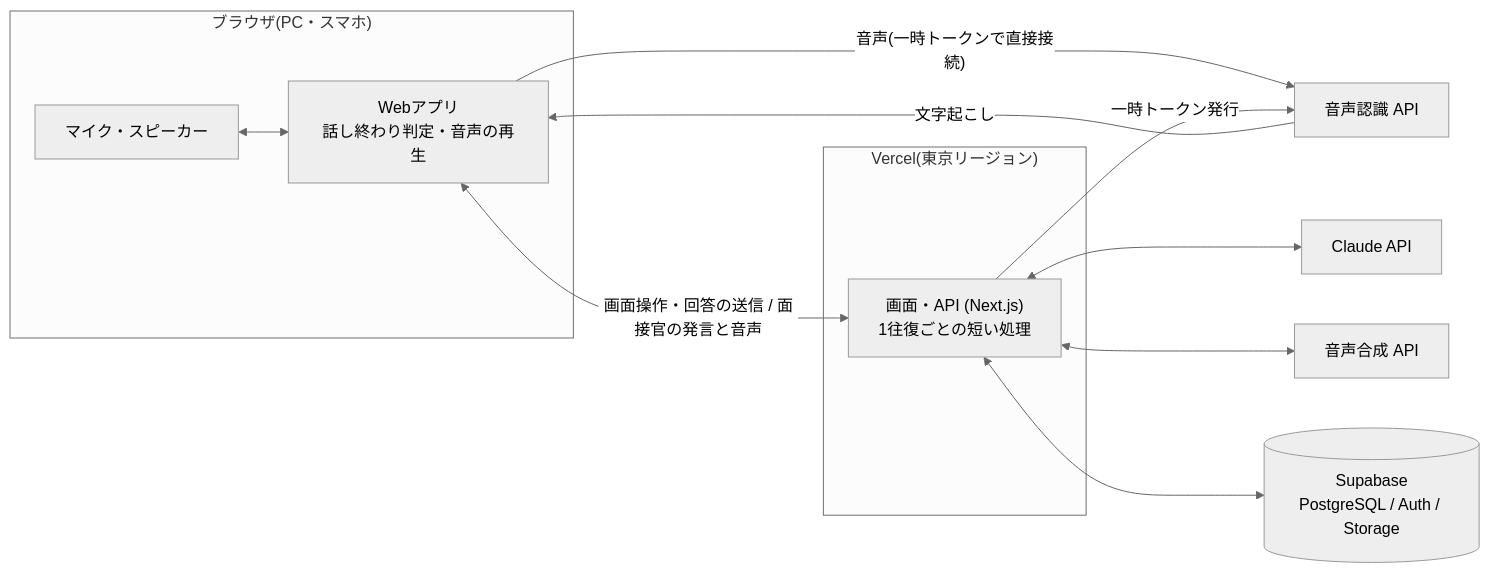
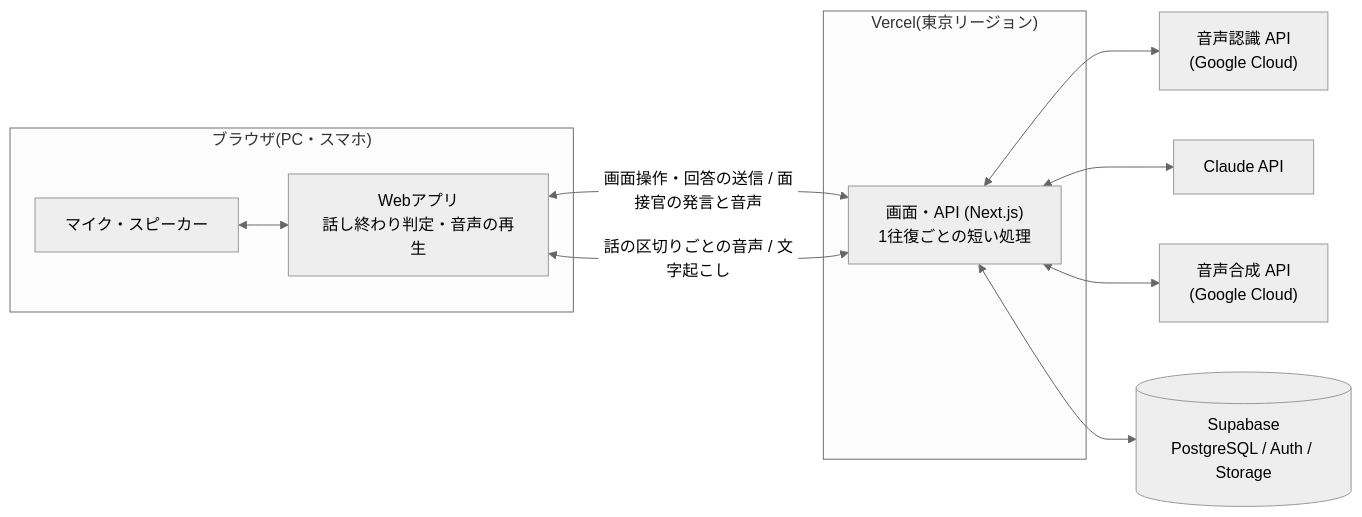
Before and after one commit to tarokuma555-maker/AI-interview-pj: the sixth of 6 diagrams in docs/requirements.md, drawn with Mermaid (neutral theme). The commit also changed other lines of this file and 4 other files, not shown here.

````diff
--- a/docs/requirements.md
+++ b/docs/requirements.md
@@ -614,18 +769,17 @@
 ```mermaid
 flowchart LR
     subgraph Client["ブラウザ(PC・スマホ)"]
         UI["Webアプリ<br/>話し終わり判定・音声の再生"]
         MIC["マイク・スピーカー"]
     end
     subgraph Vercel["Vercel(東京リージョン)"]
         API["画面・API (Next.js)<br/>1往復ごとの短い処理"]
     end
     MIC <--> UI
     UI <-->|"画面操作・回答の送信 / 面接官の発言と音声"| API
-    UI -->|"音声(一時トークンで直接接続)"| STT["音声認識 API"]
-    STT -->|"文字起こし"| UI
-    API -->|"一時トークン発行"| STT
+    UI <-->|"話の区切りごとの音声 / 文字起こし"| API
+    API <--> STT["音声認識 API<br/>(Google Cloud)"]
     API <--> LLM["Claude API"]
-    API <--> TTS["音声合成 API"]
+    API <--> TTS["音声合成 API<br/>(Google Cloud)"]
     API <--> DB[("Supabase<br/>PostgreSQL / Auth / Storage")]
 ```
````
